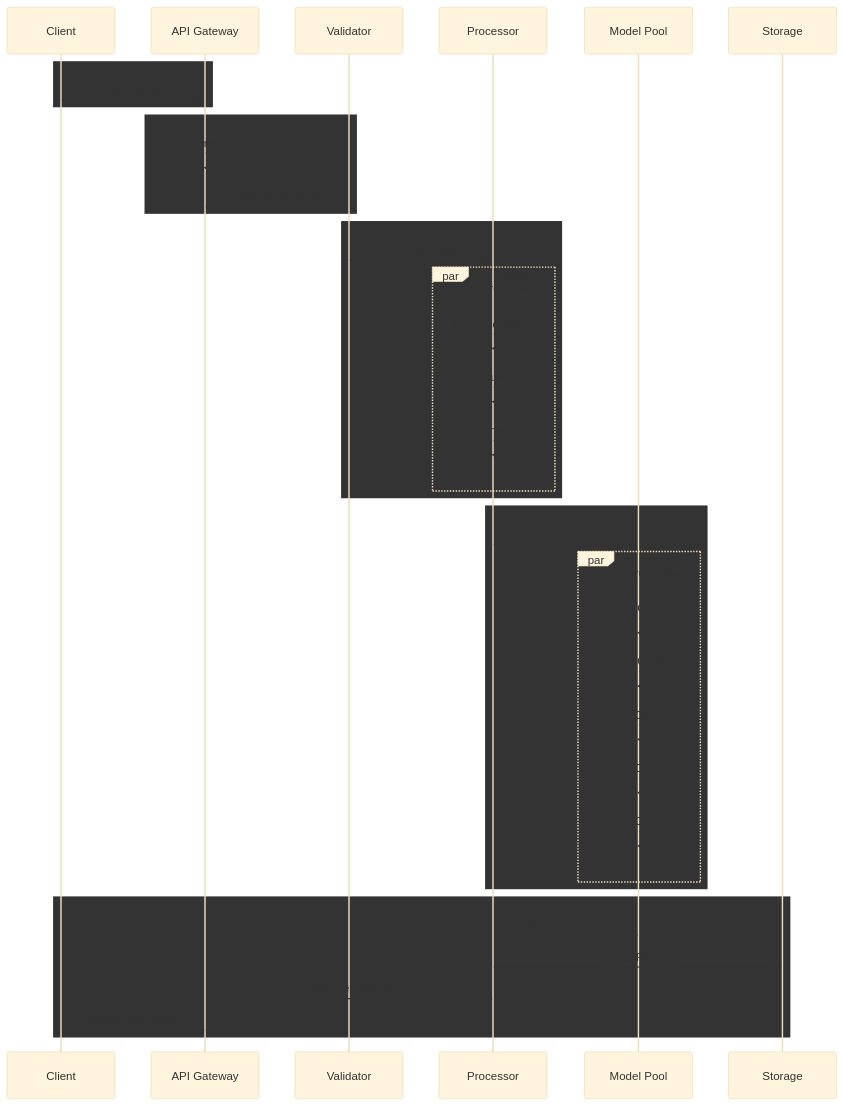
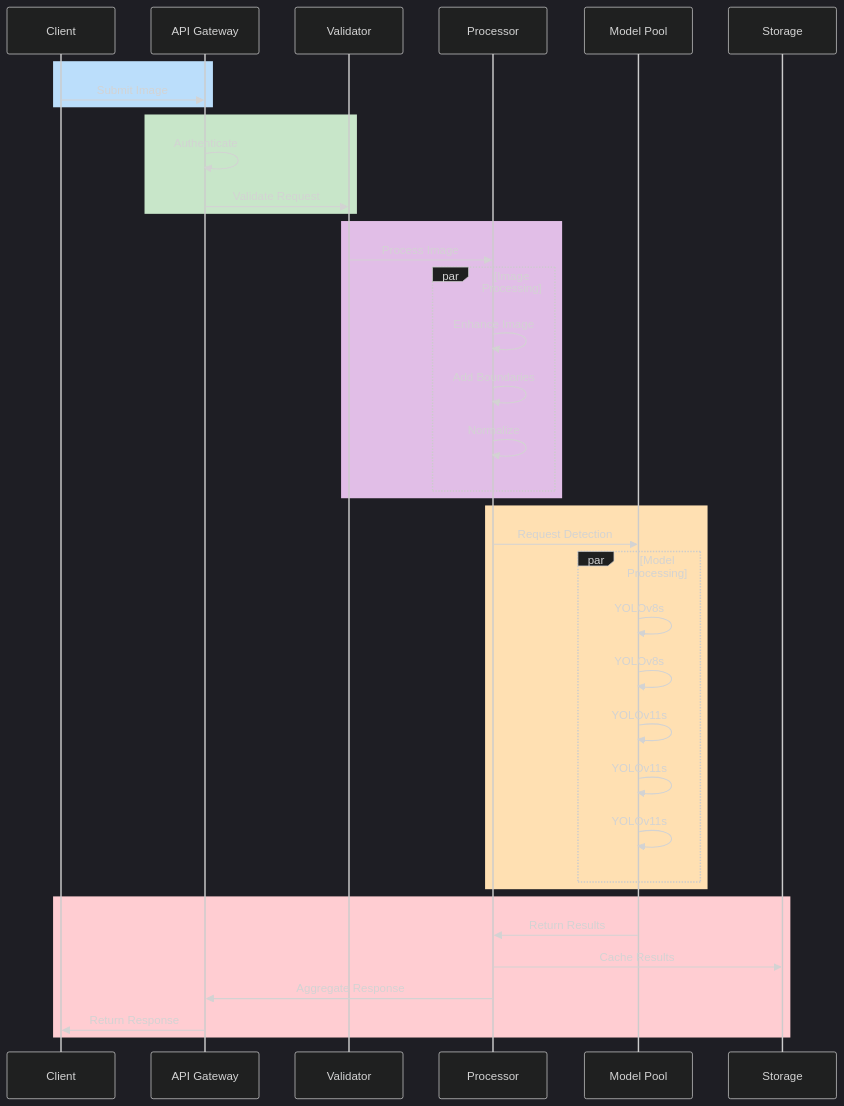
The second of 5 diagrams in README.md (Dhruv0306/SymphonyProject1), drawn with Mermaid before and after one commit. The commit also changed other lines of this file, not shown here.

````diff
--- a/README.md
+++ b/README.md
@@ -95,48 +95,48 @@
 ```mermaid
-%%{init: {'theme': 'base', 'themeVariables': { 'fontFamily': 'arial', 'fontSize': '16px', 'messageFontWeight': 'bold', 'noteFontWeight': 'bold'}}}%%
+%%{init: {'theme': 'dark', 'themeVariables': { 'fontFamily': 'arial', 'fontSize': '20px', 'messageFontWeight': 'bold', 'noteFontWeight': 'bold'}}}%%
 sequenceDiagram
     participant C as Client
     participant A as API Gateway
     participant V as Validator
     participant P as Processor
     participant M as Model Pool
     participant S as Storage
 
-    rect rgb(187, 222, 251) %% Blue for client interactions
+    rect rgb(187, 222, 251) 
         C->>A: Submit Image
     end
     
-    rect rgb(200, 230, 201) %% Green for validation
+    rect rgb(200, 230, 201)
         A->>A: Authenticate
         A->>V: Validate Request
     end
     
-    rect rgb(225, 190, 231) %% Purple for processing
+    rect rgb(225, 190, 231) 
         V->>P: Process Image
         
         par Image Processing
             P->>P: Enhance Image
             P->>P: Add Boundaries
             P->>P: Normalize
         end
     end
     
-    rect rgb(255, 224, 178) %% Orange for model operations
+    rect rgb(255, 224, 178) 
         P->>M: Request Detection
         
         par Model Processing
             M->>M: YOLOv8s #1
             M->>M: YOLOv8s #2
             M->>M: YOLOv11s #1
             M->>M: YOLOv11s #2
             M->>M: YOLOv11s #3
         end
     end
     
-    rect rgb(255, 205, 210) %% Red for results
+    rect rgb(255, 205, 210) 
         M->>P: Return Results
         P->>S: Cache Results
         P->>A: Aggregate Response
         A->>C: Return Response
     end
 ```
````
